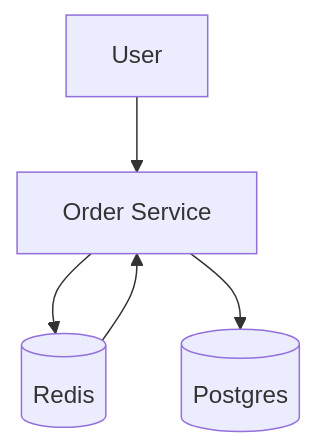
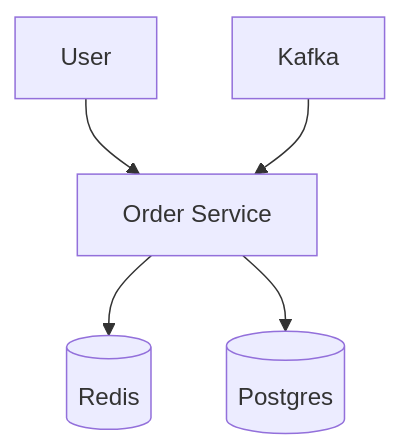
The diagram in README.md (JohnyCeleron/order-service-demo), drawn with Mermaid before and after one commit.

````diff
--- a/README.md
+++ b/README.md
@@ -12,7 +12,7 @@
 ```mermaid
 graph TD
     A[User] --> B[Order Service]
     C[Kafka] --> B
-    B --> C[(Redis)]
-    B --> D[(Postgres)]
+    B --> D[(Redis)]
+    B --> E[(Postgres)]
 ```
````
